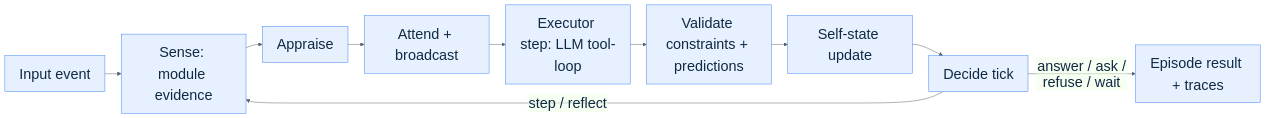
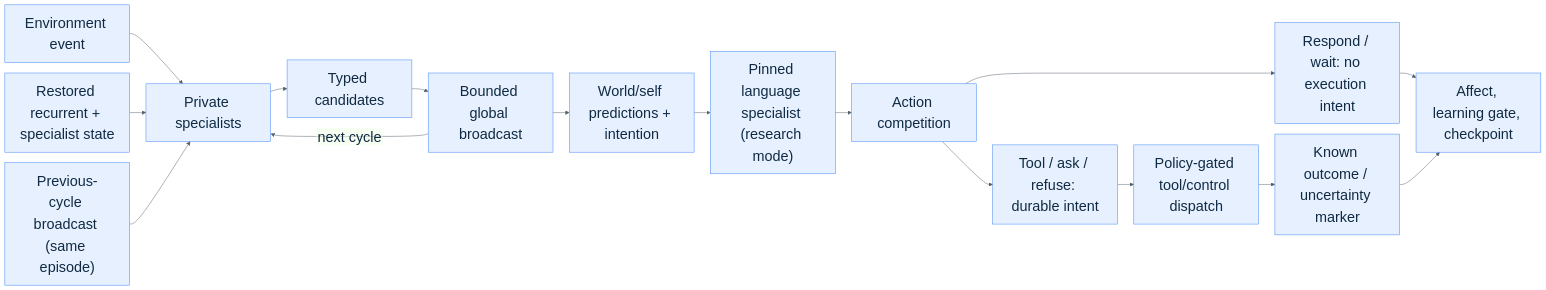
Before and after one commit to Libertai/conscio: the first of 4 diagrams in docs/paper.md, drawn with Mermaid. The commit also changed other lines of this file and 12 other files, not shown here.

````diff
--- a/docs/paper.md
+++ b/docs/paper.md
@@ -270,13 +344,19 @@
 ```mermaid
 %%{init: {"theme": "base", "themeVariables": {"fontFamily": "Inter, Arial, sans-serif", "fontSize": "30px", "primaryColor": "#e6f0ff", "primaryBorderColor": "#3b82f6", "primaryTextColor": "#102a43", "lineColor": "#52606d"}, "flowchart": {"htmlLabels": false, "nodeSpacing": 22, "rankSpacing": 34, "curve": "basis"}}}%%
 flowchart LR
-    INPUT["Input event"] --> SENSE["Sense: module evidence"]
-    SENSE --> APPRAISE["Appraise"]
-    APPRAISE --> ATTEND["Attend + broadcast"]
-    ATTEND --> EXECUTE["Executor step: LLM tool-loop"]
-    EXECUTE --> VALIDATE["Validate constraints + predictions"]
-    VALIDATE --> SELF["Self-state update"]
-    SELF --> DECIDE["Decide tick"]
-    DECIDE -->|step / reflect| SENSE
-    DECIDE -->|answer / ask / refuse / wait| OUT["Episode result + traces"]
+    INPUT["Environment event"] --> PRIVATE["Private specialists"]
+    STATE["Restored recurrent + specialist state"] --> PRIVATE
+    PRIOR["Previous-cycle broadcast (same episode)"] --> PRIVATE
+    PRIVATE --> CANDIDATES["Typed candidates"]
+    CANDIDATES --> BROADCAST["Bounded global broadcast"]
+    BROADCAST -->|next cycle| PRIVATE
+    BROADCAST --> PREDICT["World/self predictions + intention"]
+    PREDICT --> LANGUAGE["Pinned language specialist (research mode)"]
+    LANGUAGE --> COMPETE["Action competition"]
+    COMPETE --> INTERNAL["Respond / wait: no execution intent"]
+    COMPETE --> INTENT["Tool / ask / refuse: durable intent"]
+    INTENT --> ACT["Policy-gated tool/control dispatch"]
+    ACT --> OUTCOME["Known outcome / uncertainty marker"]
+    INTERNAL --> CHECKPOINT
+    OUTCOME --> CHECKPOINT["Affect, learning gate, checkpoint"]
 ```
````
